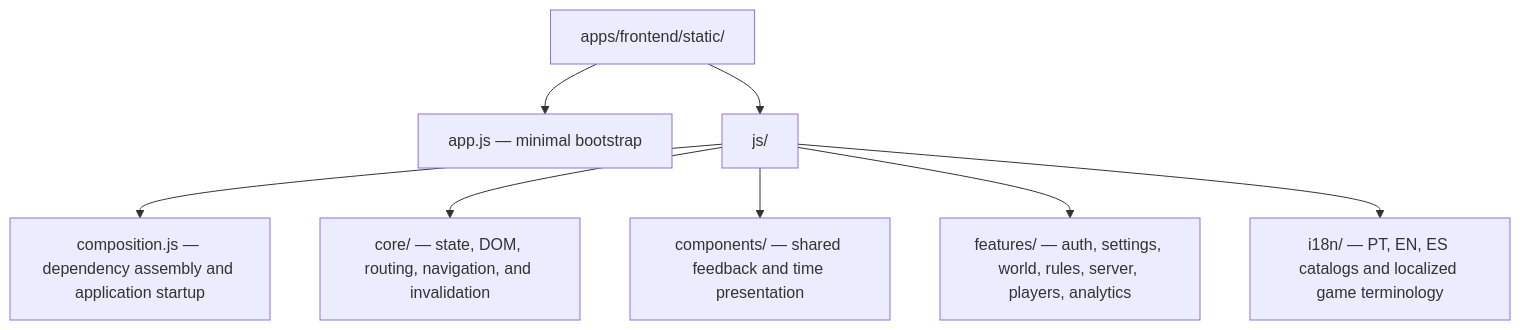
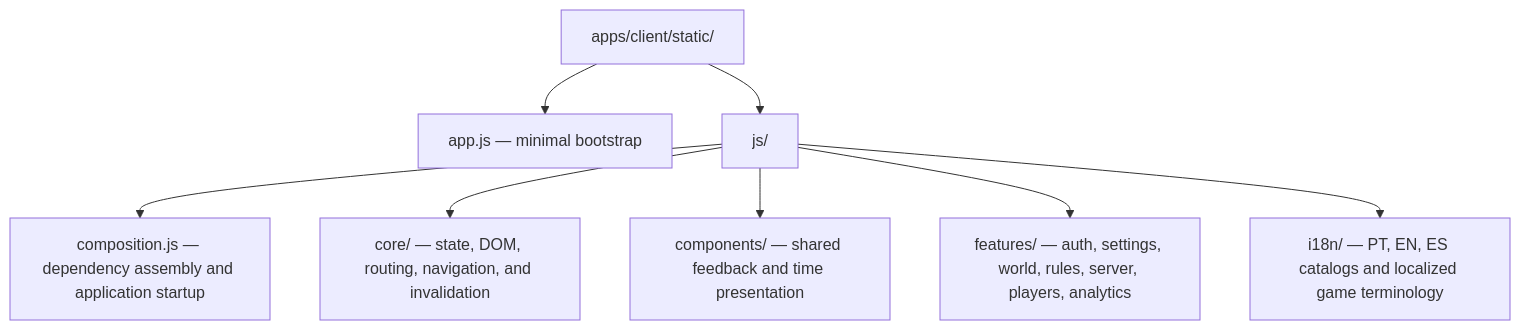
One commit to dgaramos/craftcontrol changed the third of 5 diagrams in README.md. Above: the diagram before and after it, drawn with Mermaid. The commit also changed other lines of this file and 214 other files, not shown here.

````diff
--- a/README.md
+++ b/README.md
@@ -117,10 +117,10 @@
 ```mermaid
 flowchart TD
-    static["apps/frontend/static/"] --> app["app.js — minimal bootstrap"]
+    static["apps/client/static/"] --> app["app.js — minimal bootstrap"]
     static --> js["js/"]
     js --> composition["composition.js — dependency assembly and application startup"]
     js --> core["core/ — state, DOM, routing, navigation, and invalidation"]
     js --> components["components/ — shared feedback and time presentation"]
     js --> features["features/ — auth, settings, world, rules, server, players, analytics"]
     js --> i18n["i18n/ — PT, EN, ES catalogs and localized game terminology"]
 ```
````
